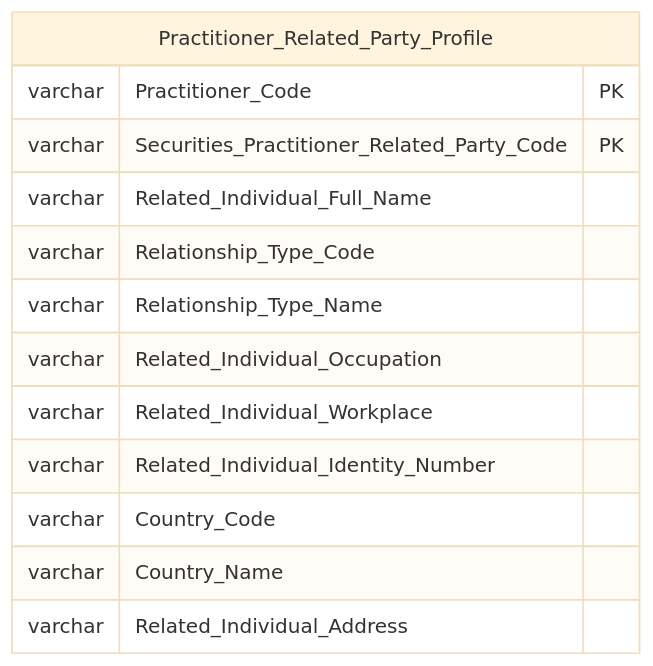
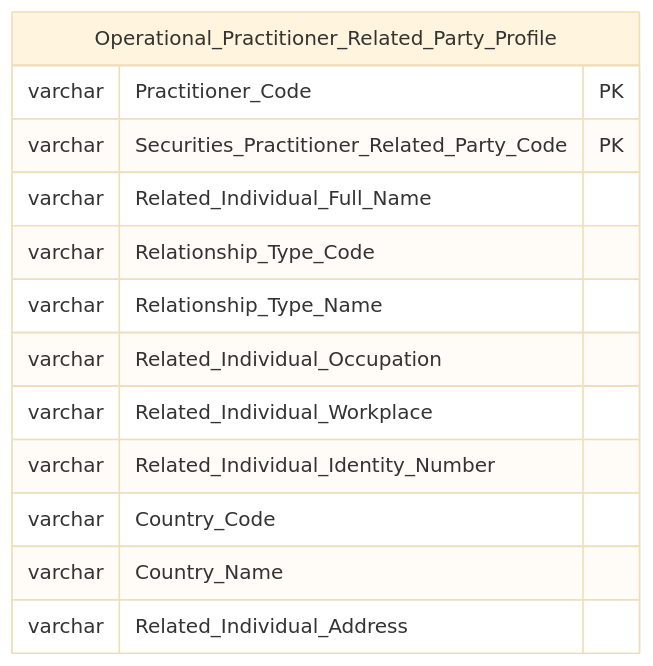
Before and after one commit to linhlvit/ubck_atomic_design: diagram 24 of 40 in Datamart/hld/DTM_NHNCK_HLD.md, drawn with Mermaid (base theme). The commit also changed other lines of this file and 52 other files, not shown here.

````diff
--- a/Datamart/hld/DTM_NHNCK_HLD.md
+++ b/Datamart/hld/DTM_NHNCK_HLD.md
@@ -1030,17 +1030,17 @@
 ```mermaid
 erDiagram
-    Practitioner_Related_Party_Profile {
+    Operational_Practitioner_Related_Party_Profile {
         varchar Practitioner_Code PK
         varchar Securities_Practitioner_Related_Party_Code PK
         varchar Related_Individual_Full_Name
         varchar Relationship_Type_Code
         varchar Relationship_Type_Name
         varchar Related_Individual_Occupation
         varchar Related_Individual_Workplace
         varchar Related_Individual_Identity_Number
         varchar Country_Code
         varchar Country_Name
         varchar Related_Individual_Address
 
     }
 ```
````
